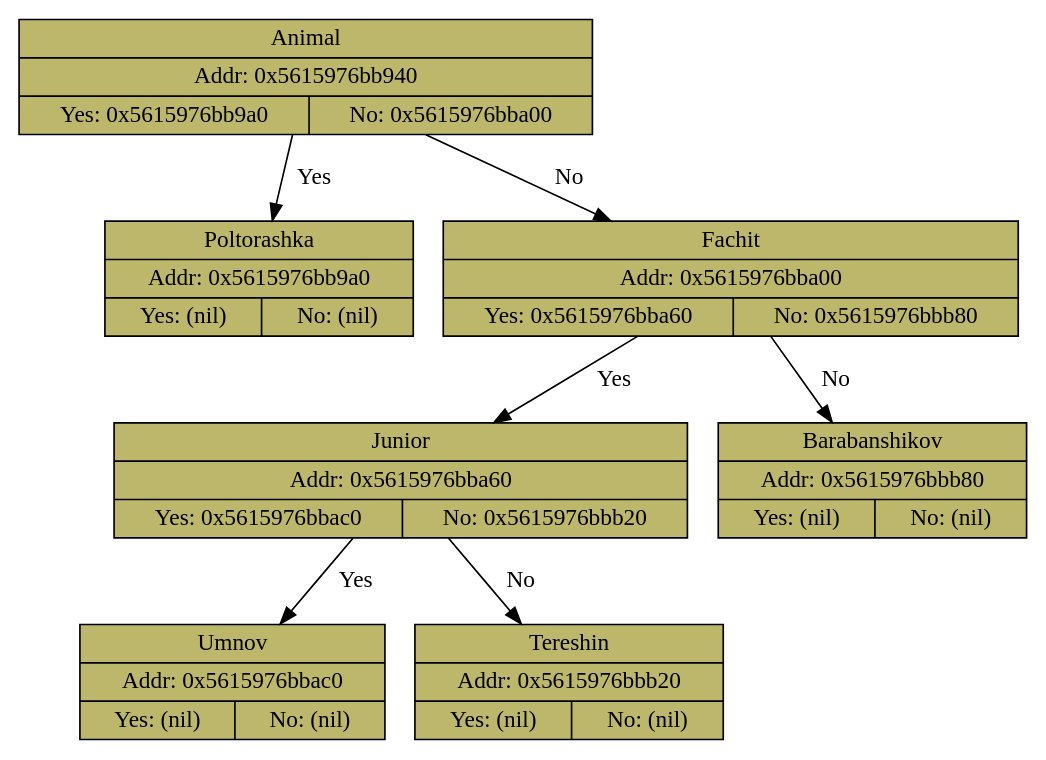
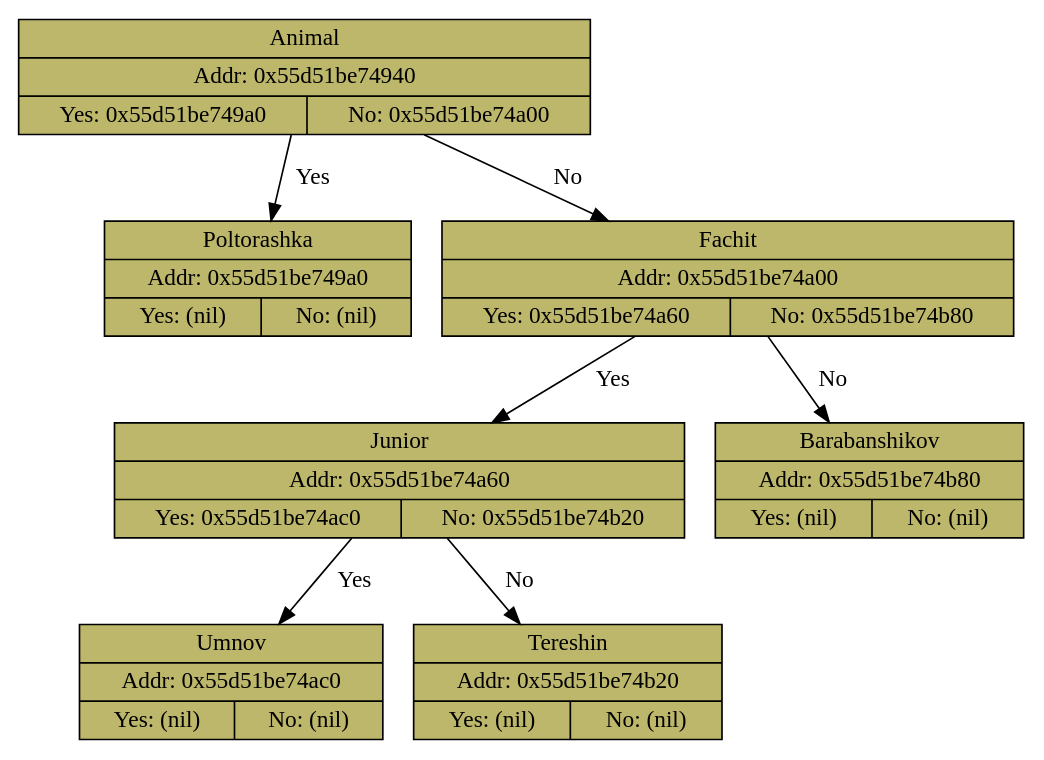
One commit to greggregbean/akinator changed the diagram in gpraph.dot. Above: the diagram before and after it, drawn with Graphviz. The commit also changed 1 other file, not shown here.

```diff
--- a/gpraph.dot
+++ b/gpraph.dot
@@ -1,16 +1,16 @@
 digraph 
 {
- Animal [shape=record, fillcolor = darkkhaki, style = filled, label = " { Animal | Addr: 0x5615976bb940 | {Yes: 0x5615976bb9a0 | No: 0x5615976bba00 }}" ] 
+ Animal [shape=record, fillcolor = darkkhaki, style = filled, label = " { Animal | Addr: 0x55d51be74940 | {Yes: 0x55d51be749a0 | No: 0x55d51be74a00 }}" ] 
  Animal -> Poltorashka [label = " Yes "]; 
- Poltorashka [shape=record, fillcolor = darkkhaki, style = filled, label = " { Poltorashka | Addr: 0x5615976bb9a0 | {Yes: (nil) | No: (nil) }}" ] 
+ Poltorashka [shape=record, fillcolor = darkkhaki, style = filled, label = " { Poltorashka | Addr: 0x55d51be749a0 | {Yes: (nil) | No: (nil) }}" ] 
  Animal -> Fachit [label = " No "]; 
- Fachit [shape=record, fillcolor = darkkhaki, style = filled, label = " { Fachit | Addr: 0x5615976bba00 | {Yes: 0x5615976bba60 | No: 0x5615976bbb80 }}" ] 
+ Fachit [shape=record, fillcolor = darkkhaki, style = filled, label = " { Fachit | Addr: 0x55d51be74a00 | {Yes: 0x55d51be74a60 | No: 0x55d51be74b80 }}" ] 
  Fachit -> Junior [label = " Yes "]; 
- Junior [shape=record, fillcolor = darkkhaki, style = filled, label = " { Junior | Addr: 0x5615976bba60 | {Yes: 0x5615976bbac0 | No: 0x5615976bbb20 }}" ] 
+ Junior [shape=record, fillcolor = darkkhaki, style = filled, label = " { Junior | Addr: 0x55d51be74a60 | {Yes: 0x55d51be74ac0 | No: 0x55d51be74b20 }}" ] 
  Junior -> Umnov [label = " Yes "]; 
- Umnov [shape=record, fillcolor = darkkhaki, style = filled, label = " { Umnov | Addr: 0x5615976bbac0 | {Yes: (nil) | No: (nil) }}" ] 
+ Umnov [shape=record, fillcolor = darkkhaki, style = filled, label = " { Umnov | Addr: 0x55d51be74ac0 | {Yes: (nil) | No: (nil) }}" ] 
  Junior -> Tereshin [label = " No "]; 
- Tereshin [shape=record, fillcolor = darkkhaki, style = filled, label = " { Tereshin | Addr: 0x5615976bbb20 | {Yes: (nil) | No: (nil) }}" ] 
+ Tereshin [shape=record, fillcolor = darkkhaki, style = filled, label = " { Tereshin | Addr: 0x55d51be74b20 | {Yes: (nil) | No: (nil) }}" ] 
  Fachit -> Barabanshikov [label = " No "]; 
- Barabanshikov [shape=record, fillcolor = darkkhaki, style = filled, label = " { Barabanshikov | Addr: 0x5615976bbb80 | {Yes: (nil) | No: (nil) }}" ] 
+ Barabanshikov [shape=record, fillcolor = darkkhaki, style = filled, label = " { Barabanshikov | Addr: 0x55d51be74b80 | {Yes: (nil) | No: (nil) }}" ] 
 }
```
